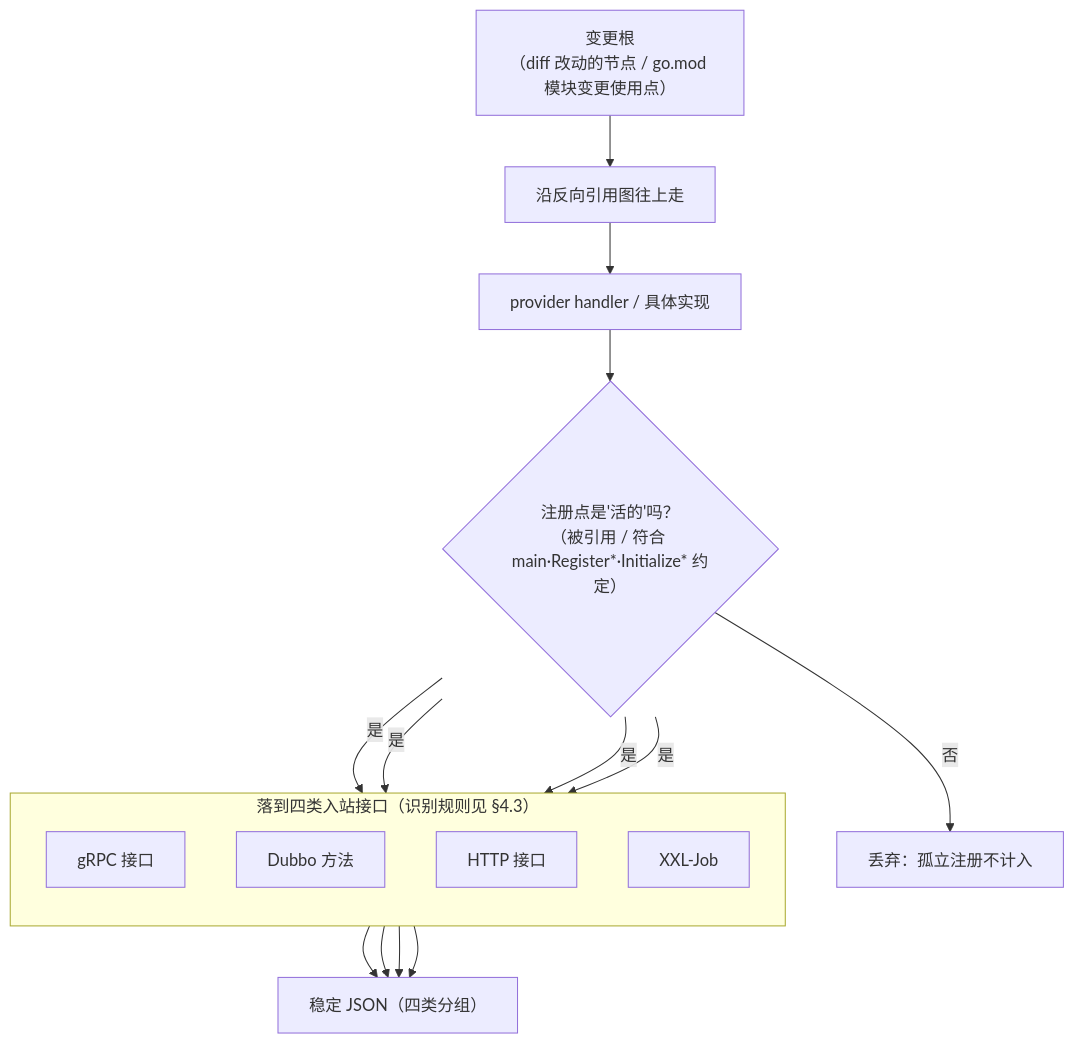
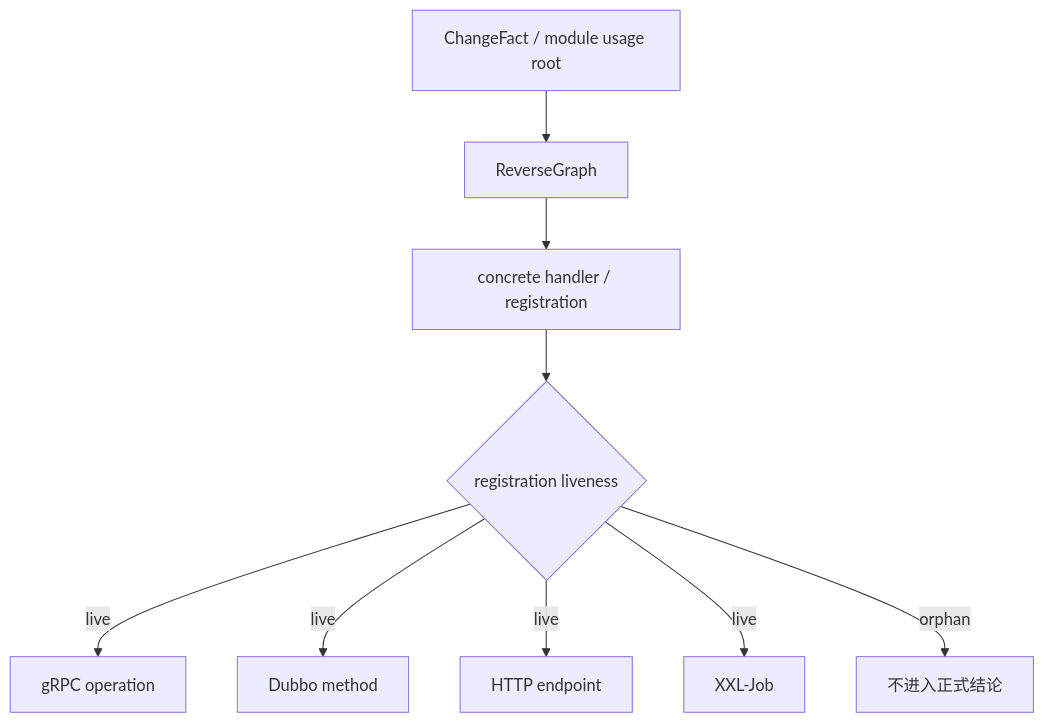
Before and after one commit to Flying-Bird1999/go-analyzer: the fourth of 4 diagrams in TECH-DESIGN-impact-analysis.md, drawn with Mermaid. The commit also changed other lines of this file, not shown here.

````diff
--- a/TECH-DESIGN-impact-analysis.md
+++ b/TECH-DESIGN-impact-analysis.md
@@ -489,26 +627,14 @@
 ```mermaid
 flowchart TB
-    CR["变更根<br/>（diff 改动的节点 / go.mod 模块变更使用点）"]
-    RG["沿反向引用图往上走"]
-    HDL["provider handler / 具体实现"]
-    CR --> RG --> HDL
+    C["ChangeFact / module usage root"]
+    R["ReverseGraph"]
+    H["concrete handler / registration"]
+    L{"registration liveness"}
 
-    subgraph IN["落到四类入站接口（识别规则见 §4.3）"]
-        direction TB
-        G1["gRPC 接口"]
-        G2["Dubbo 方法"]
-        G3["HTTP 接口"]
-        G4["XXL-Job"]
-    end
-
-    HDL --> LIVE{"注册点是'活的'吗？<br/>（被引用 / 符合 main·Register*·Initialize* 约定）"}
-    LIVE -->|否| DROP["丢弃：孤立注册不计入"]
-    LIVE -->|是| G1
-    LIVE -->|是| G2
-    LIVE -->|是| G3
-    LIVE -->|是| G4
-    G1 --> OUT["稳定 JSON（四类分组）"]
-    G2 --> OUT
-    G3 --> OUT
-    G4 --> OUT
+    C --> R --> H --> L
+    L -->|live| G["gRPC operation"]
+    L -->|live| D["Dubbo method"]
+    L -->|live| W["HTTP endpoint"]
+    L -->|live| J["XXL-Job"]
+    L -->|orphan| X["不进入正式结论"]
 ```
````
